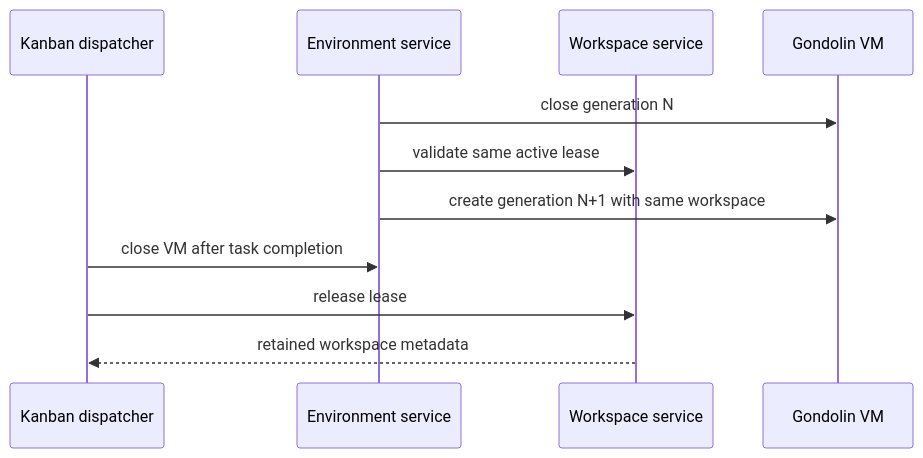
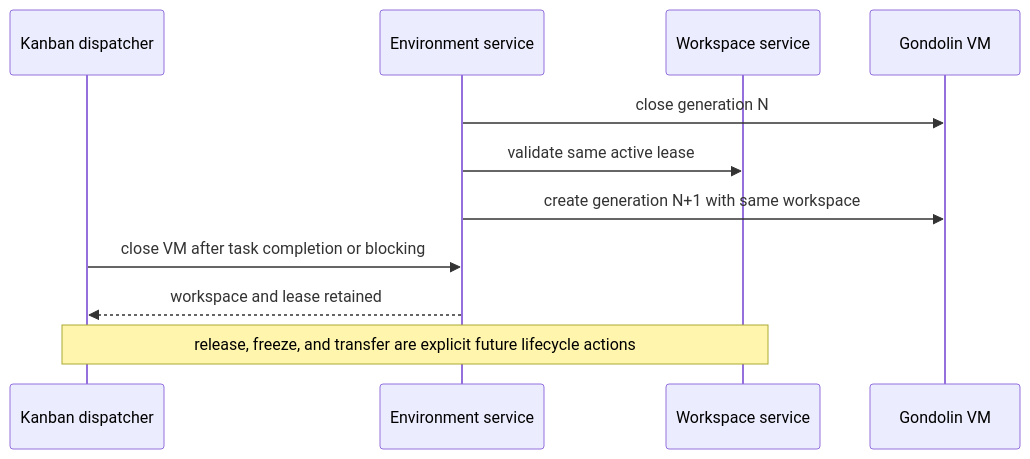
The third of 3 diagrams in openspec/changes/add-sandbox-workspace-service/design.md (dvicory/homelab), drawn with Mermaid before and after one commit. The commit also changed other lines of this file and 5 other files, not shown here.

Commit message:
fix(hermes): harden workspace lifecycle

````diff
--- a/openspec/changes/add-sandbox-workspace-service/design.md
+++ b/openspec/changes/add-sandbox-workspace-service/design.md
@@ -113,13 +113,13 @@
 ```mermaid
 sequenceDiagram
   participant K as Kanban dispatcher
   participant E as Environment service
   participant W as Workspace service
   participant V as Gondolin VM
   E->>V: close generation N
   E->>W: validate same active lease
   E->>V: create generation N+1 with same workspace
-  K->>E: close VM after task completion
-  K->>W: release lease
-  W-->>K: retained workspace metadata
+  K->>E: close VM after task completion or blocking
+  E-->>K: workspace and lease retained
+  Note over K,W: release, freeze, and transfer are explicit future lifecycle actions
 ```
````
